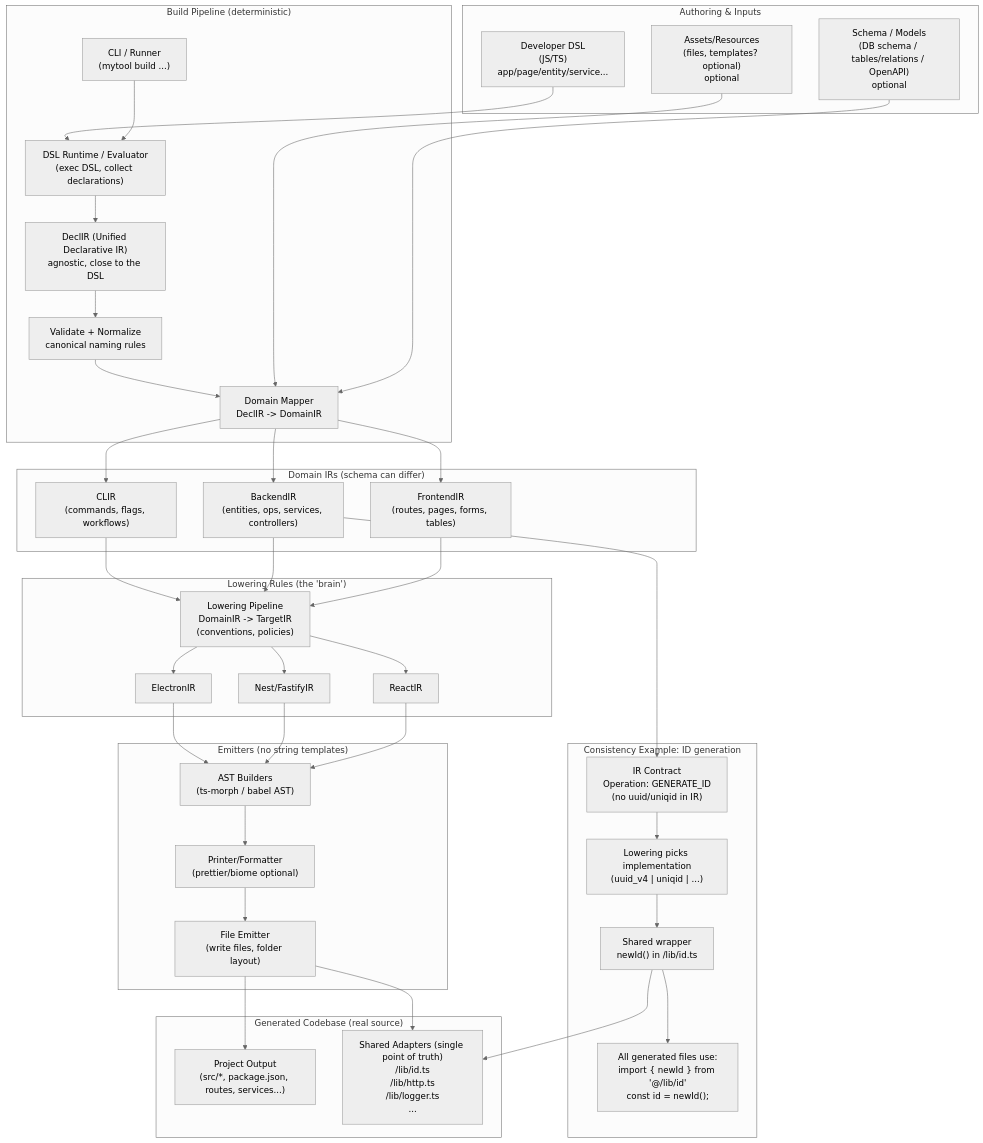
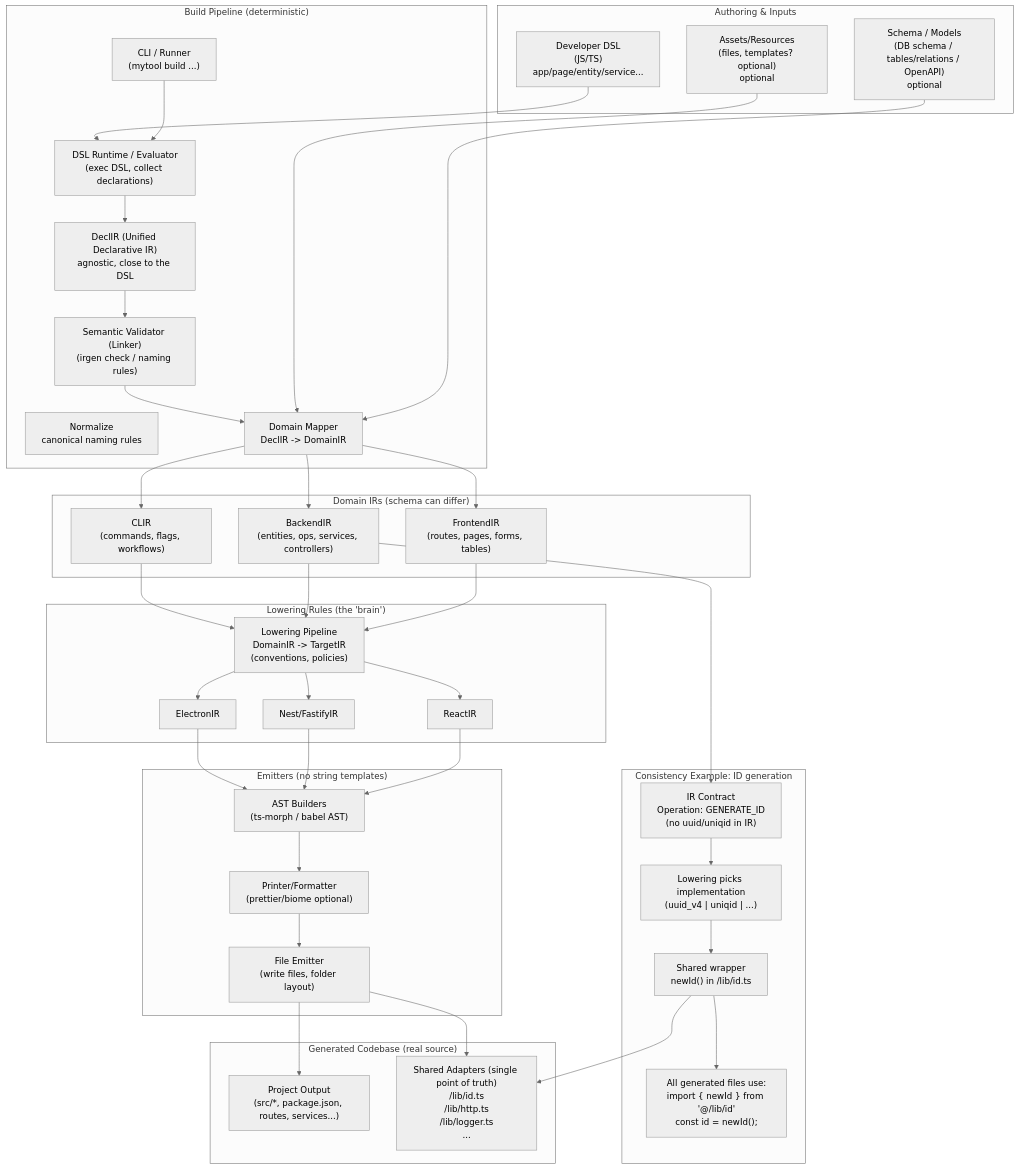
The diagram in docs/ARCHITECTURE.md (agusmade/irgen), drawn with Mermaid (neutral theme) before and after one commit. The commit also changed other lines of this file and 39 other files, not shown here.

```diff
--- a/docs/ARCHITECTURE.md
+++ b/docs/ARCHITECTURE.md
@@ -30,8 +30,9 @@
   subgraph B["Build Pipeline (deterministic)"]
     CLI["CLI / Runner\n(mytool build ...)"]
     RT["DSL Runtime / Evaluator\n(exec DSL, collect declarations)"]
+    VALID["Semantic Validator (Linker)\n(irgen check / naming rules)"]
     DECL["DeclIR (Unified Declarative IR)\nagnostic, close to the DSL"]
-    VALID["Validate + Normalize\ncanonical naming rules"]
+    NORM["Normalize\ncanonical naming rules"]
     MAP["Domain Mapper\nDeclIR -> DomainIR"]
   end
 
```
